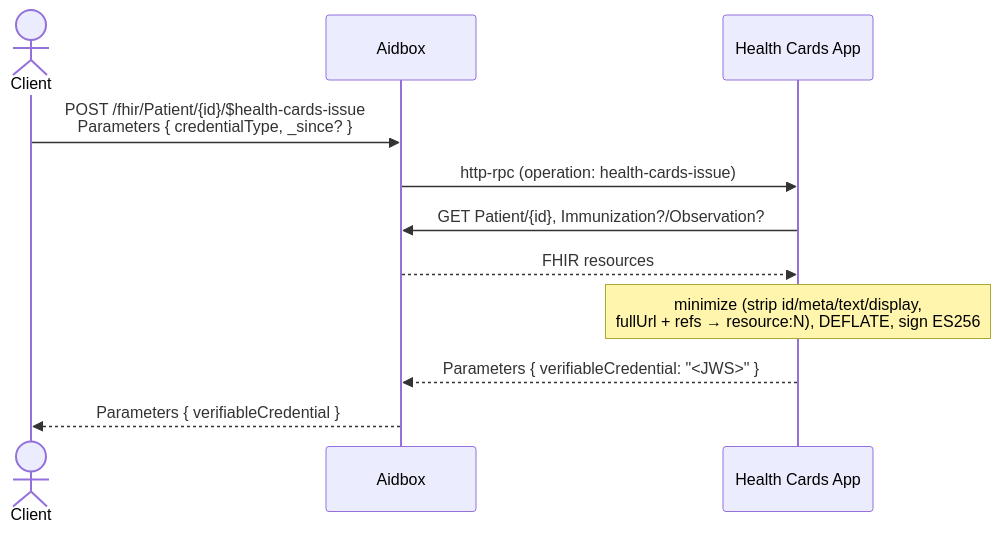
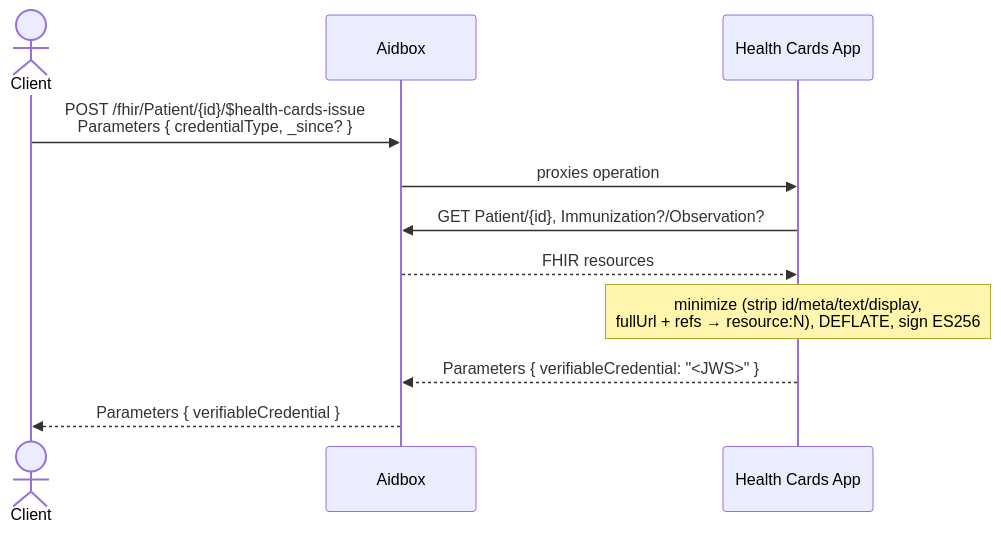
Before and after one commit to Aidbox/examples: the second of 4 diagrams in aidbox-custom-operations/aidbox-health-card-issue/README.md, drawn with Mermaid. The commit also changed other lines of this file and 3 other files, not shown here.

First line of the commit message:
health cards: QR EC-level L (<=v22), max compression, prune empties + drop dangling refs

````diff
--- a/aidbox-custom-operations/aidbox-health-card-issue/README.md
+++ b/aidbox-custom-operations/aidbox-health-card-issue/README.md
@@ -31,13 +31,13 @@
 ```mermaid
 sequenceDiagram
     actor C as Client
     participant A as Aidbox
     participant S as Health Cards App
     C->>A: POST /fhir/Patient/{id}/$health-cards-issue<br/>Parameters { credentialType, _since? }
-    A->>S: http-rpc (operation: health-cards-issue)
+    A->>S: proxies operation
     S->>A: GET Patient/{id}, Immunization?/Observation?
     A-->>S: FHIR resources
     Note over S: minimize (strip id/meta/text/display,<br/>fullUrl + refs → resource:N), DEFLATE, sign ES256
     S-->>A: Parameters { verifiableCredential: "<JWS>" }
     A-->>C: Parameters { verifiableCredential }
 ```
````
